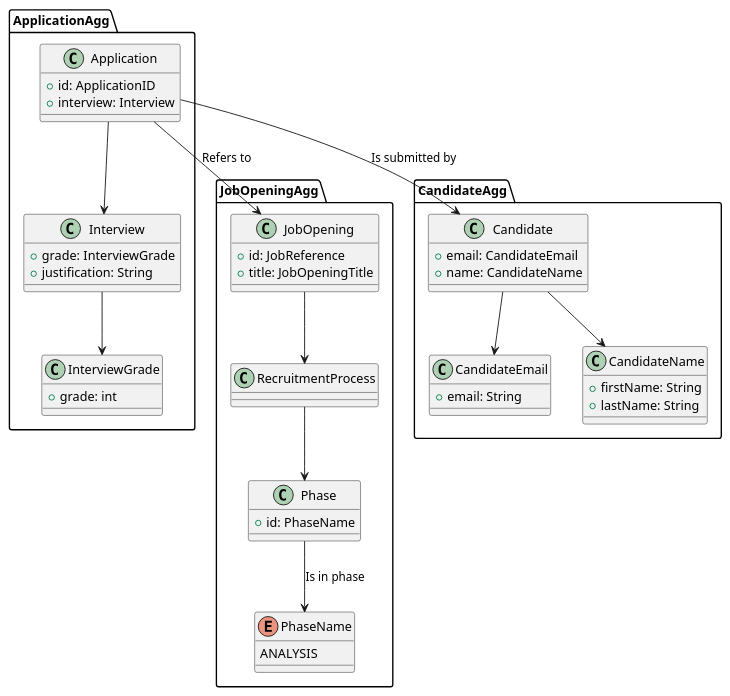
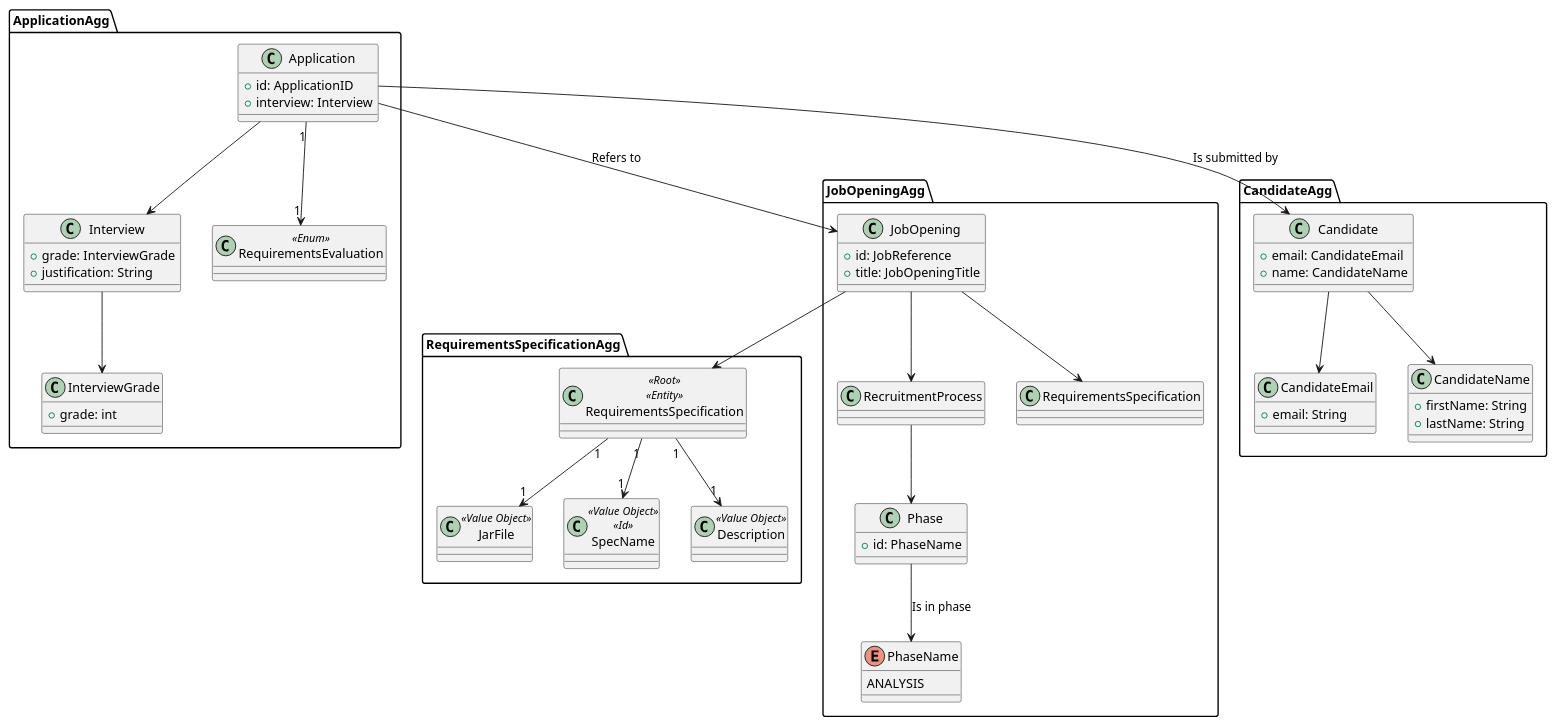
One commit to Mendoncaa/LAPR4 changed the diagram in docs/sprintC/US1019/02.analysis/puml/DM.puml. Above: the diagram before and after it, drawn with PlantUML.

Commit message:
#45 Changes on the domain model excerpt.

```diff
--- a/docs/sprintC/US1019/02.analysis/puml/DM.puml
+++ b/docs/sprintC/US1019/02.analysis/puml/DM.puml
@@ -1,64 +1,86 @@
 @startuml DomainModel
 package JobOpeningAgg {
 
     class JobOpening {
         +id: JobReference
         +title: JobOpeningTitle
     }
 
     class Phase {
         +id: PhaseName
     }
 
     enum PhaseName {
         ANALYSIS
     }
 
     JobOpening --> RecruitmentProcess
     RecruitmentProcess --> Phase
     Phase --> PhaseName: "Is in phase"
+
+    JobOpening --> RequirementsSpecification
 }
 
 package ApplicationAgg {
     class Application {
         +id: ApplicationID
         +interview: Interview
     }
 
     class Interview {
         +grade: InterviewGrade
         +justification: String
     }
 
 
     class InterviewGrade {
         +grade: int
     }
 
     Application --> Interview
     Application --> JobOpening : Refers to
     Interview --> InterviewGrade
+
+    class RequirementsEvaluation<<Enum>>
+
+    Application "1" --> "1" RequirementsEvaluation
 }
+
+
+package RequirementsSpecificationAgg {
+    class RequirementsSpecification<<Root>><<Entity>>
+    class JarFile<<Value Object>>
+    class SpecName<<Value Object>><<Id>>
+    class Description<<Value Object>>
+
+    RequirementsSpecification "1" --> "1" JarFile
+    RequirementsSpecification "1" --> "1" SpecName
+    RequirementsSpecification "1" --> "1" Description
+
+    JobOpening --> RequirementsSpecification
+}
+
+
 
 package CandidateAgg {
     class Candidate {
         +email: CandidateEmail
         +name: CandidateName
     }
 
     class CandidateEmail {
         +email: String
     }
 
     class CandidateName {
         +firstName: String
         +lastName: String
     }
 
     Application --> Candidate : Is submitted by
     Candidate --> CandidateEmail
     Candidate --> CandidateName
 }
 
 
 @enduml
```
